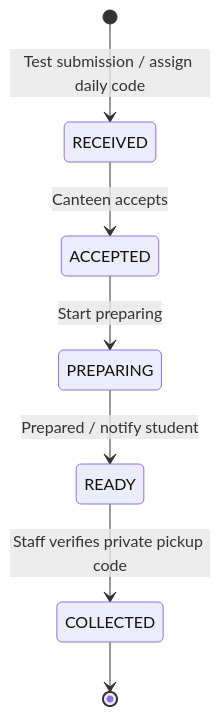
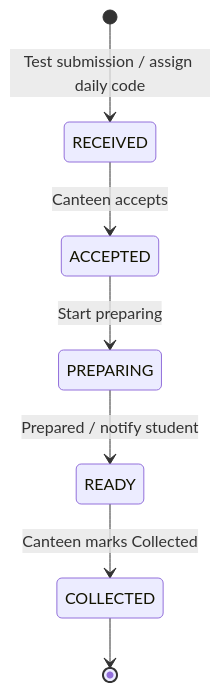
The diagram in README.md (tanu15-png/Build_BV), drawn with Mermaid before and after one commit. The commit also changed other lines of this file and 244 other files, not shown here.

````diff
--- a/README.md
+++ b/README.md
@@ -86,9 +92,9 @@
 ```mermaid
 stateDiagram-v2
     [*] --> RECEIVED: Test submission / assign daily code
     RECEIVED --> ACCEPTED: Canteen accepts
     ACCEPTED --> PREPARING: Start preparing
     PREPARING --> READY: Prepared / notify student
-    READY --> COLLECTED: Staff verifies private pickup code
+    READY --> COLLECTED: Canteen marks Collected
     COLLECTED --> [*]
 ```
````
